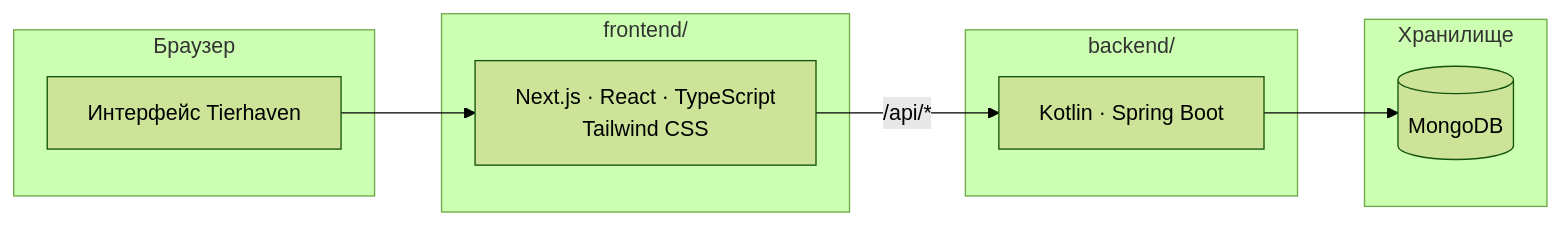
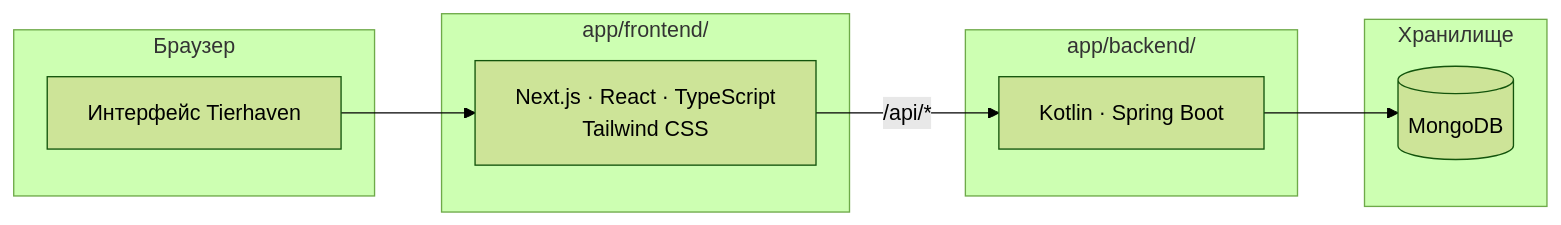
The diagram in README.md (S-NOWNUM-B/web.Tierhaven), drawn with Mermaid (forest theme) before and after one commit. The commit also changed other lines of this file and 13 other files, not shown here.

````diff
--- a/README.md
+++ b/README.md
@@ -29,18 +29,18 @@
 ```mermaid
 flowchart LR
     subgraph Client["Браузер"]
         UI["Интерфейс Tierhaven"]
     end
-    subgraph Frontend["frontend/"]
+    subgraph Frontend["app/frontend/"]
         Next["Next.js · React · TypeScript<br/>Tailwind CSS"]
     end
-    subgraph Backend["backend/"]
+    subgraph Backend["app/backend/"]
         API["Kotlin · Spring Boot"]
     end
     subgraph Storage["Хранилище"]
         Mongo[("MongoDB")]
     end
     UI --> Next
     Next -->|"/api/*"| API
     API --> Mongo
 ```
````
